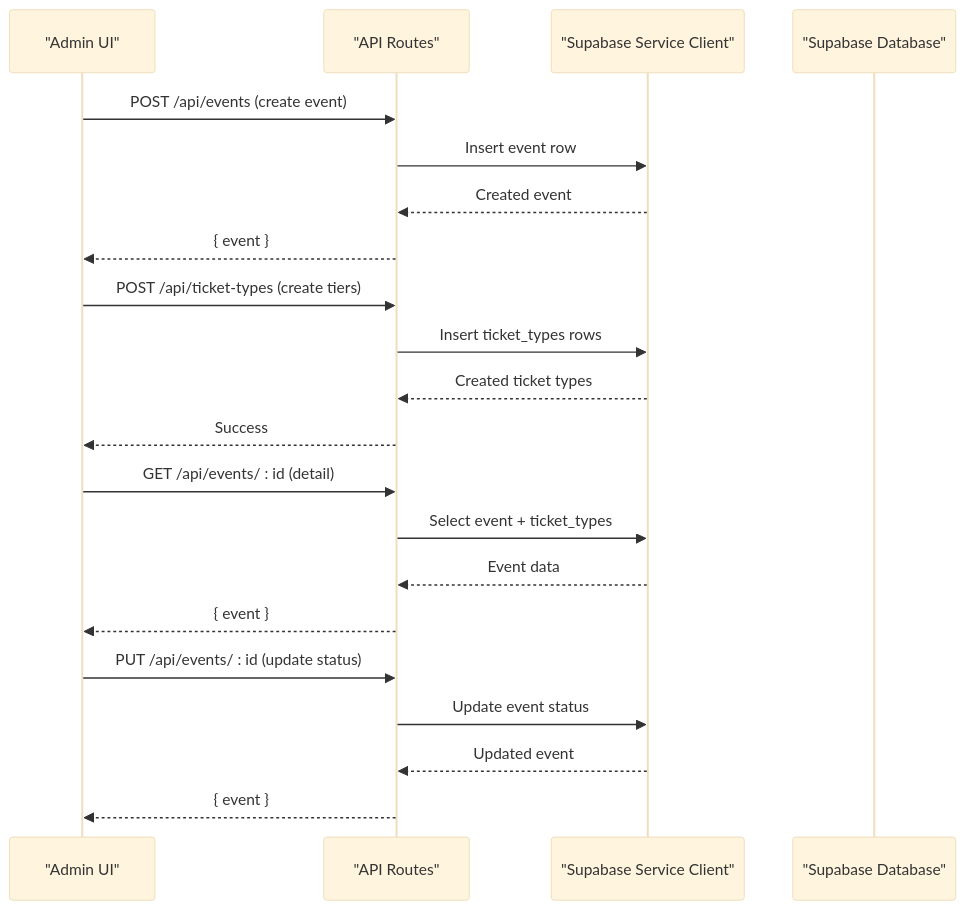
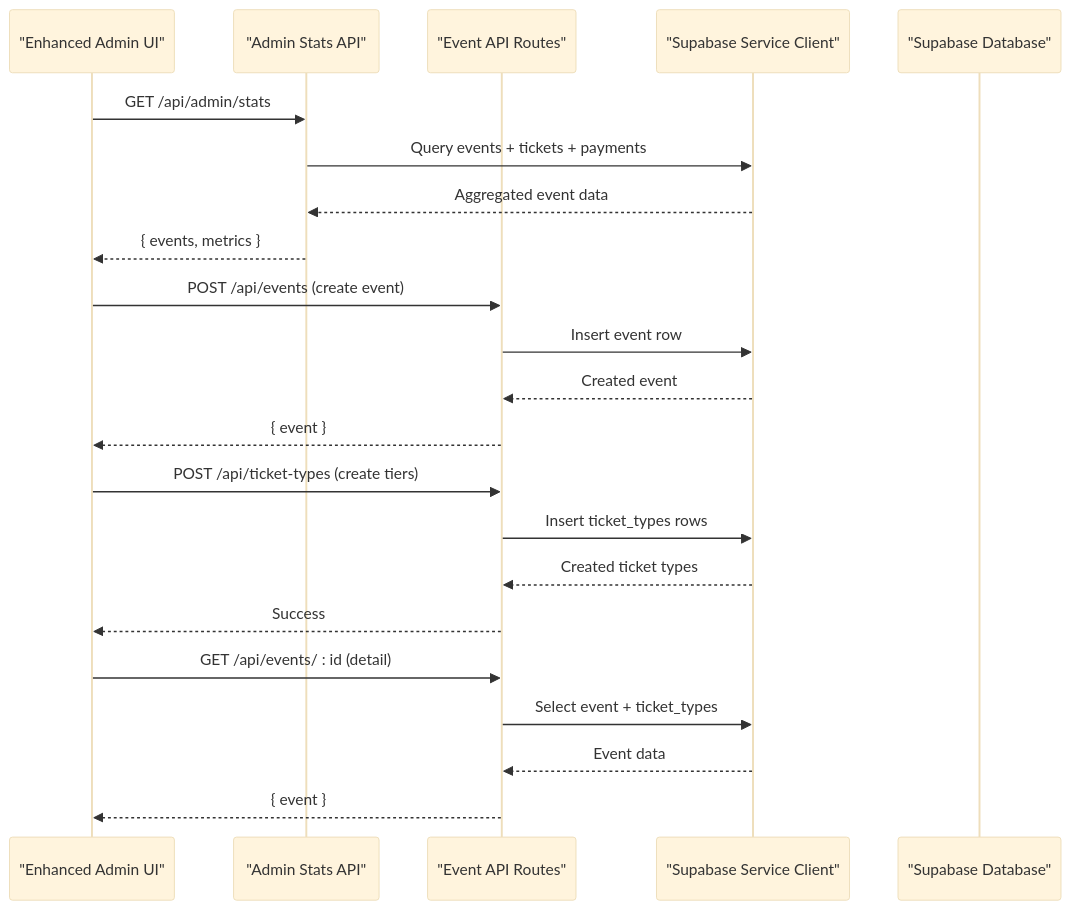
One commit to ObeyMuchechesi/TicketFlow changed the second of 5 diagrams in .qoder/repowiki/en/content/Admin Dashboard/Event Management Interface/Event Management Interface.md. Above: the diagram before and after it, drawn with Mermaid (base theme). The commit also changed other lines of this file and 12 other files, not shown here.

First line of the commit message:
docs: EcoCash schema columns and project documentation refresh

````diff
--- a/.qoder/repowiki/en/content/Admin Dashboard/Event Management Interface/Event Management Interface.md
+++ b/.qoder/repowiki/en/content/Admin Dashboard/Event Management Interface/Event Management Interface.md
@@ -131,23 +157,24 @@
 ```mermaid
 sequenceDiagram
-participant Admin as "Admin UI"
-participant API as "API Routes"
+participant Admin as "Enhanced Admin UI"
+participant Stats as "Admin Stats API"
+participant API as "Event API Routes"
 participant SB as "Supabase Service Client"
 participant DB as "Supabase Database"
+Admin->>Stats : GET /api/admin/stats
+Stats->>SB : Query events + tickets + payments
+SB-->>Stats : Aggregated event data
+Stats-->>Admin : { events, metrics }
 Admin->>API : POST /api/events (create event)
 API->>SB : Insert event row
 SB-->>API : Created event
 API-->>Admin : { event }
 Admin->>API : POST /api/ticket-types (create tiers)
 API->>SB : Insert ticket_types rows
 SB-->>API : Created ticket types
 API-->>Admin : Success
 Admin->>API : GET /api/events/ : id (detail)
 API->>SB : Select event + ticket_types
 SB-->>API : Event data
 API-->>Admin : { event }
-Admin->>API : PUT /api/events/ : id (update status)
-API->>SB : Update event status
-SB-->>API : Updated event
-API-->>Admin : { event }
 ```
````
